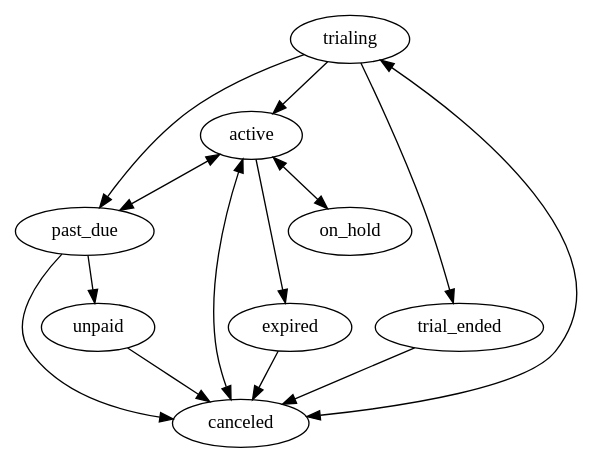
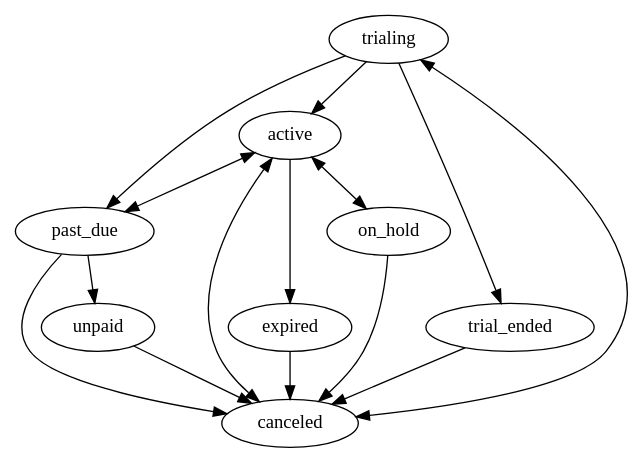
One commit to wsmoak/chargify-examples changed the diagram in subscription-states/subscription_states.dot. Above: the diagram before and after it, drawn with Graphviz.

Commit message:
Add on-hold --> canceled

```diff
--- a/subscription-states/subscription_states.dot
+++ b/subscription-states/subscription_states.dot
@@ -1,20 +1,21 @@
 digraph subscription_states {
  concentrate=true;
  trialing -> active;
  trialing -> trial_ended;
  trialing -> past_due;
  trialing -> canceled;
  trial_ended -> canceled;
  active -> canceled;
  active -> past_due;
  active -> expired;
  active -> on_hold
  past_due -> unpaid;
  past_due -> active;
  past_due -> canceled;
  unpaid -> canceled;
  expired -> canceled;
  canceled -> active;
  canceled -> trialing;
  on_hold -> active;
+ on_hold -> canceled;
 }
```
